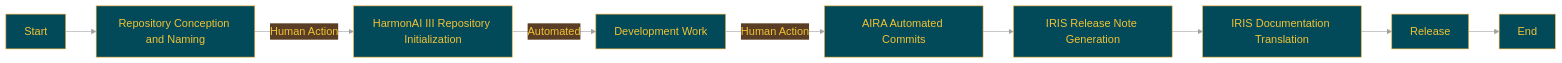
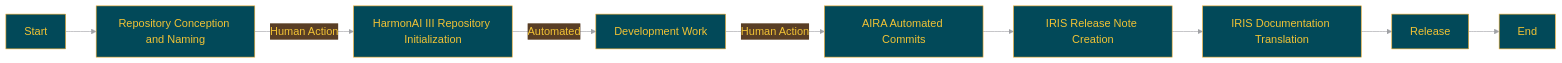
The diagram in docs/README.en.md (Sunwood-ai-labs/HarmonAI_III), drawn with Mermaid before and after one commit. The commit also changed other lines of this file, not shown here.

````diff
--- a/docs/README.en.md
+++ b/docs/README.en.md
@@ -193,20 +194,20 @@
 ```mermaid
 %%{init:{'theme':'base','themeVariables':{'primaryColor':'#024959','primaryTextColor':'#F2C335','primaryBorderColor':'#F2AE30','lineColor':'#A1A2A6','secondaryColor':'#593E25','tertiaryColor':'#F2C335','noteTextColor':'#024959','noteBkgColor':'#F2C335','textColor':'#024959','fontSize':'18px'}}}%%
 
 graph LR
     A[Start] --> B[Repository Conception and Naming]
     B -->|Human Action| C[HarmonAI III Repository Initialization]
     C -->|Automated| D[Development Work]
     D -->|Human Action| E[AIRA Automated Commits]
-    E --> H[IRIS Release Note Generation]
+    E --> H[IRIS Release Note Creation]
     H --> I[IRIS Documentation Translation]
     I --> J[Release]
     J --> K[End]
 
     class B,D,G human;
     class E aira;
     class F,H,I iris;
     class C auto;
     class A,J,K process;
 
 ```
````
